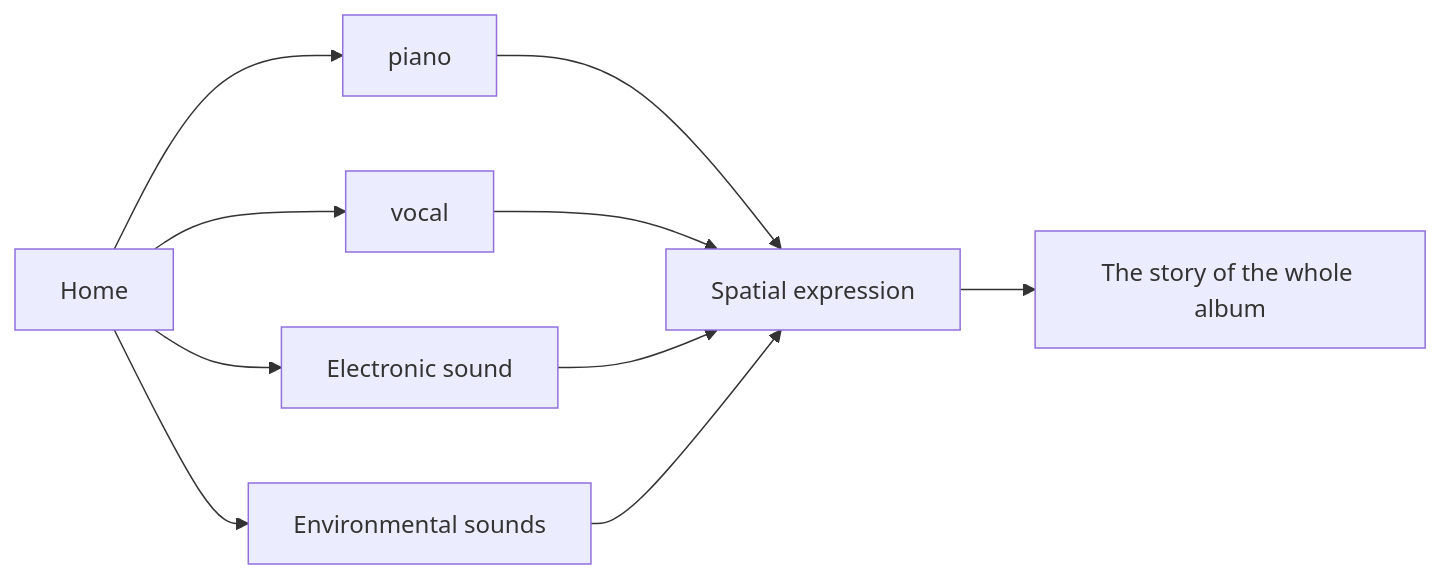
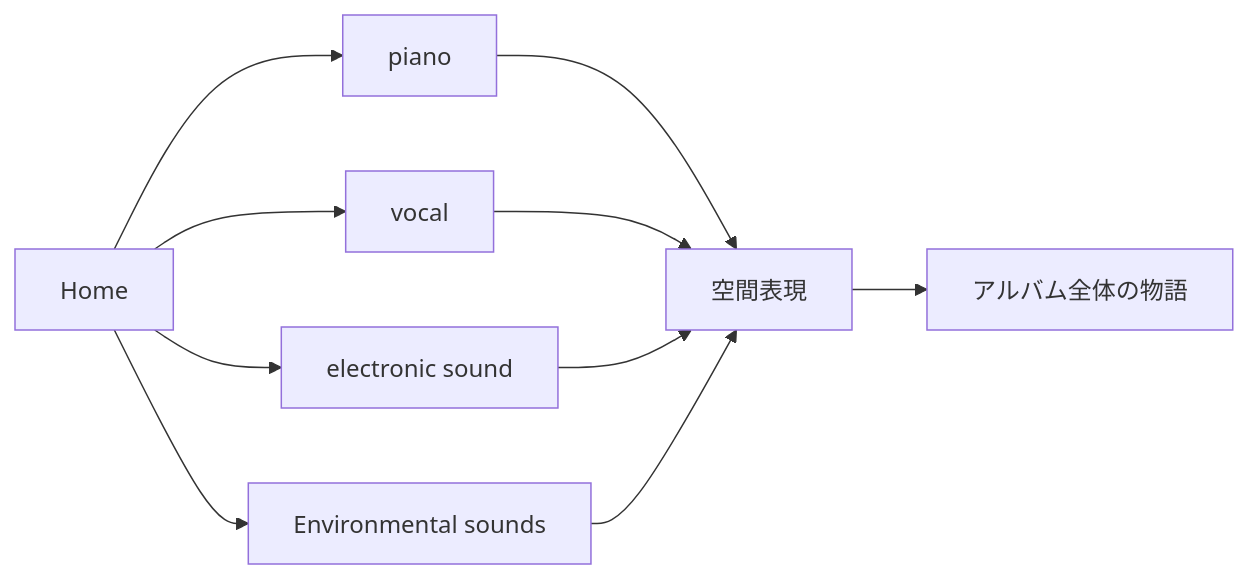
One commit to monumental-movement/monumental-movement.github.io changed the fifth of 13 diagrams in en/_posts/2026-08-05-column-hania-rani.md. Above: the diagram before and after it, drawn with Mermaid. The commit also changed other lines of this file and 2196 other files, not shown here.

```diff
--- a/en/_posts/2026-08-05-column-hania-rani.md
+++ b/en/_posts/2026-08-05-column-hania-rani.md
@@ -783,18 +783,18 @@
 <div class="mermaid">
 graph LR
 
 A["Home"]
 
 A --> B["piano"]
 A --> C["vocal"]
-A --> D["Electronic sound"]
+A --> D["electronic sound"]
 A --> E["Environmental sounds"]
 
-B --> F["Spatial expression"]
+B --> F["空間表現"]
 C --> F
 D --> F
 E --> F
 
-F --> G["The story of the whole album"]
+F --> G["アルバム全体の物語"]
 
 </div>
```
